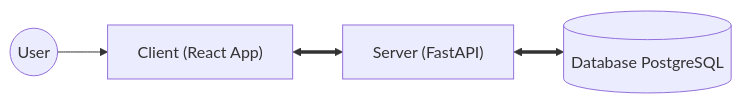
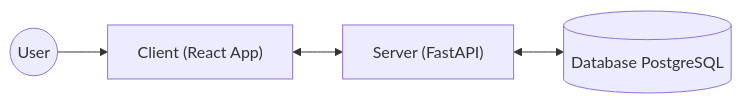
Before and after one commit to aidilsaputrakirsan-classroom/cc-kelompok-a-extraordinary: the first of 6 diagrams in README.md, drawn with Mermaid. The commit also changed other lines of this file and 1 other file, not shown here.

Commit message:
docs(readme): fix mermaid syntax errors and add issue body template

````diff
--- a/README.md
+++ b/README.md
@@ -187,6 +187,6 @@
 ```mermaid
 graph LR
     User((User)) --> Frontend["Client (React App)"]
-    Frontend <==> API["Server (FastAPI)"]
-    API <==> DB[(Database PostgreSQL)]
+    Frontend <--> API["Server (FastAPI)"]
+    API <--> DB[(Database PostgreSQL)]
 ```
````
